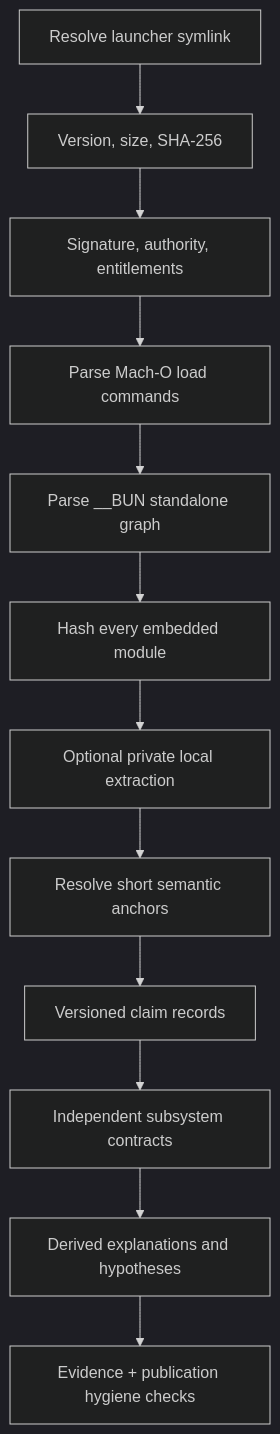
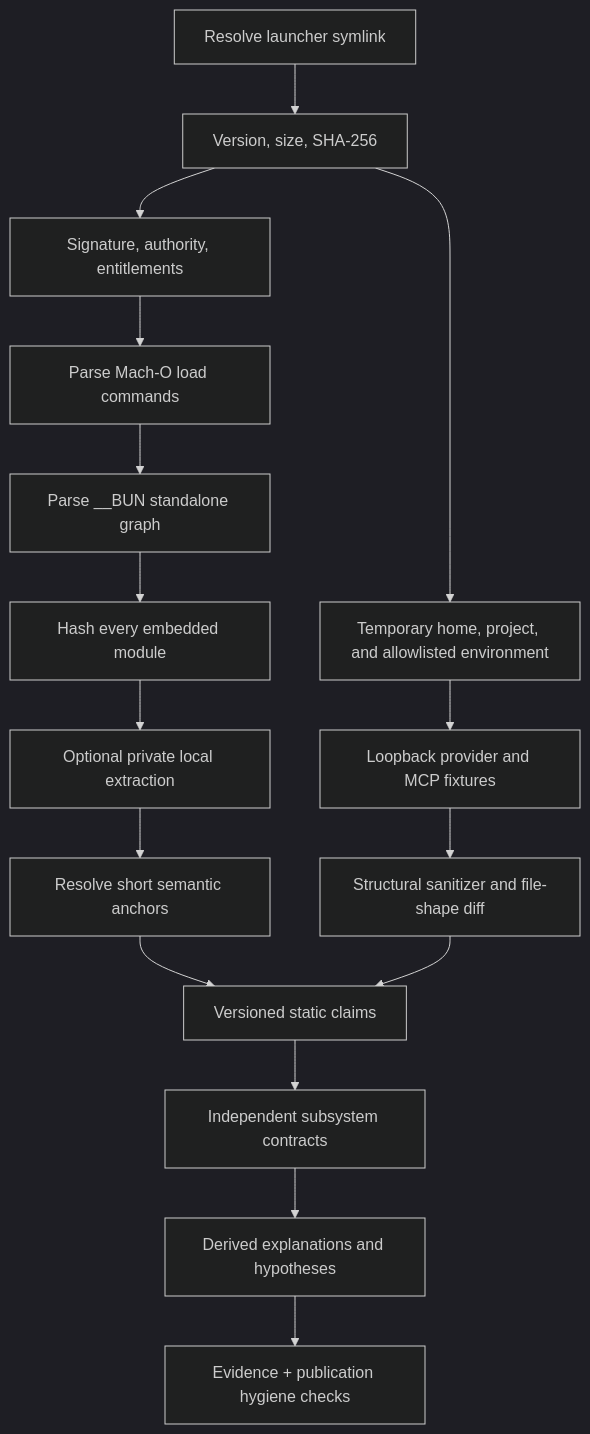
Before and after one commit to swyxio/claude-code-internals: the diagram in docs/evidence/methodology.md, drawn with Mermaid (dark theme). The commit also changed other lines of this file and 69 other files, not shown here.

````diff
--- a/docs/evidence/methodology.md
+++ b/docs/evidence/methodology.md
@@ -10,14 +13,20 @@
 ```mermaid
 flowchart TD
+    accTitle: Reconstruction Methodology - Pipeline
+    accDescr: Diagram showing pipeline in the Reconstruction Methodology section.
     Resolve["Resolve launcher symlink"] --> Identify["Version, size, SHA-256"]
     Identify --> Sign["Signature, authority, entitlements"]
     Sign --> MachO["Parse Mach-O load commands"]
     MachO --> Bun["Parse __BUN standalone graph"]
     Bun --> Hashes["Hash every embedded module"]
     Hashes --> Private["Optional private local extraction"]
     Private --> Anchors["Resolve short semantic anchors"]
-    Anchors --> Claims["Versioned claim records"]
+    Identify --> Isolate["Temporary home, project, and allowlisted environment"]
+    Isolate --> Fixtures["Loopback provider and MCP fixtures"]
+    Fixtures --> Sanitize["Structural sanitizer and file-shape diff"]
+    Anchors --> Claims["Versioned static claims"]
+    Sanitize --> Claims
     Claims --> Reconstruct["Independent subsystem contracts"]
     Reconstruct --> Docs["Derived explanations and hypotheses"]
     Docs --> Validate["Evidence + publication hygiene checks"]
 ```
````
